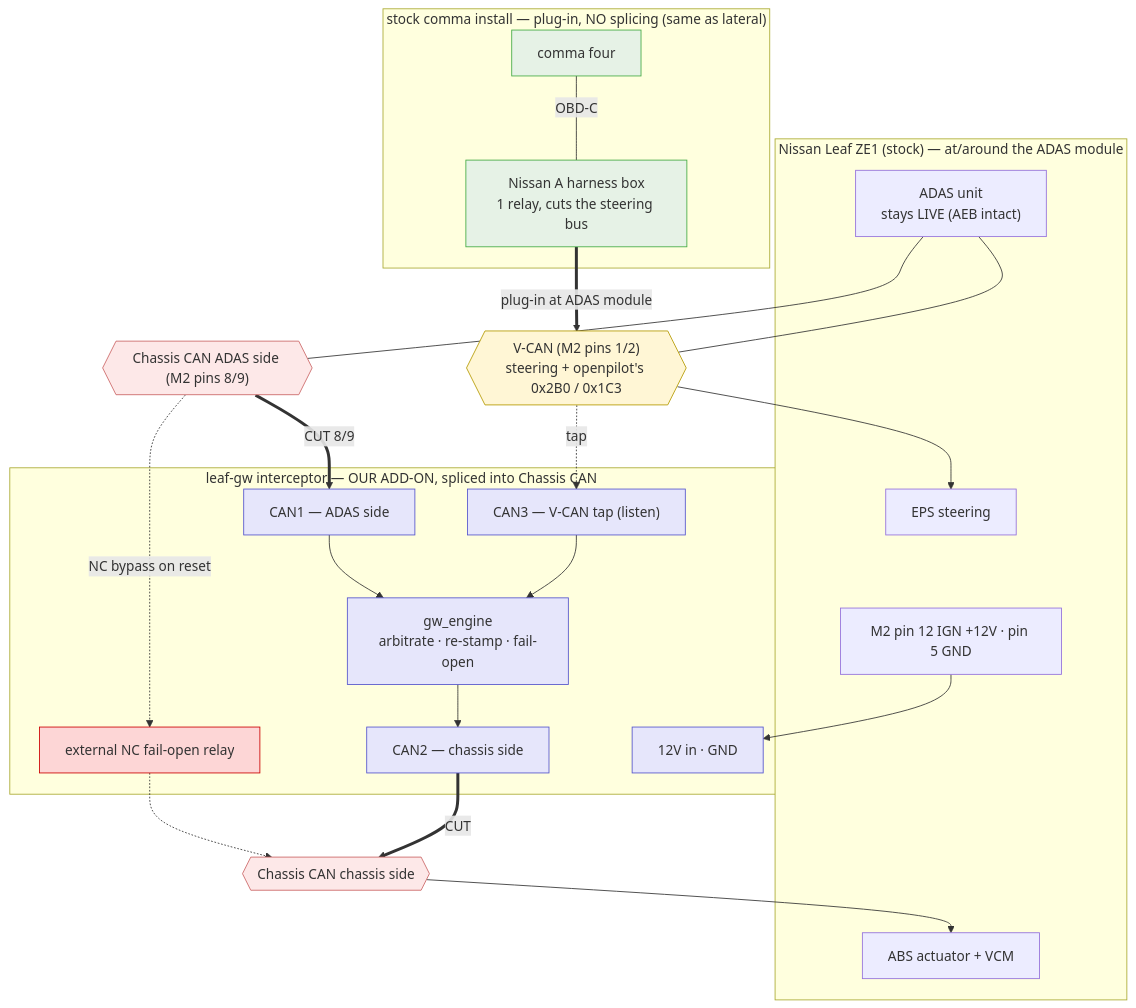
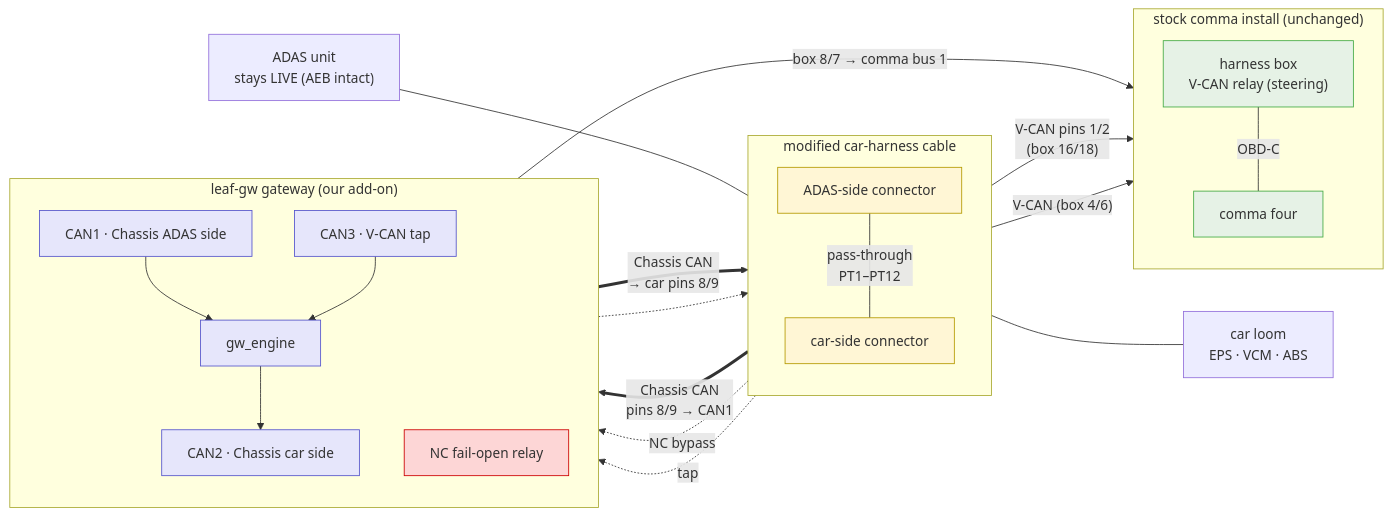
The third of 3 diagrams in README.md (siigna/leaf-gw), drawn with Mermaid before and after one commit. The commit also changed other lines of this file and 2 other files, not shown here.

Commit message:
hardware: build on comma's Nissan A car harness, no cuts to the car
comma's open Nissan A drawing shows the car-harness cable already brings
the ADAS-side and car-side halves of Chassis CAN out on separate pairs to
the 18-pin box connector (box pins 9/11 and 8/7), joined inside the box.
HARDWARE.md now builds the gateway in that join on a spare cable: pin
table, steps, termination, checks before cutting, and the second-harness-
box alternative. The wiring diagram is redrawn as cable + inline gateway
with the stock box and comma unchanged. Phase-0 notes that a stock comma
already hears Chassis CAN on bus 1.

````diff
--- a/README.md
+++ b/README.md
@@ -120,56 +121,55 @@
 ```mermaid
-%% leaf-gw PLANNED wiring. Two things meet at the Leaf's ADAS module: the STOCK
-%% comma install (a plug-in harness, unchanged from a lateral-only setup) and OUR
-%% interceptor (physically spliced into the Chassis CAN pair). Pins from the 2018 ESM;
-%% relay topology functional; which V-CAN segment is a bench check. Bench only.
-flowchart TB
-  subgraph STOCK["stock comma install — plug-in, NO splicing (same as lateral)"]
-    CF["comma four"]
-    HB["Nissan A harness box<br/>1 relay, cuts the steering bus"]
-    CF ---|OBD-C| HB
+%% leaf-gw PLANNED wiring, built on comma's Nissan A car harness (no cuts to the car).
+%% The car-harness cable plugs in between the ADAS unit and the car loom and brings both
+%% halves of Chassis CAN out separately; the gateway sits where the harness box would
+%% join them. Pins from comma's open Nissan A drawing + the 2018 ESM. Bench only.
+flowchart LR
+  ADAS["ADAS unit<br/>stays LIVE (AEB intact)"]
+  LOOM["car loom<br/>EPS · VCM · ABS"]
+
+  subgraph CABLE["modified car-harness cable"]
+    direction TB
+    A["ADAS-side connector"]
+    C["car-side connector"]
+    A ---|"pass-through<br/>PT1–PT12"| C
   end
 
-  VCAN{{"V-CAN (M2 pins 1/2)<br/>steering + openpilot's 0x2B0 / 0x1C3"}}
-  ICA{{"Chassis CAN ADAS side (M2 pins 8/9)"}}
-  ICB{{"Chassis CAN chassis side"}}
-
-  subgraph CAR["Nissan Leaf ZE1 (stock) — at/around the ADAS module"]
-    ADAS["ADAS unit<br/>stays LIVE (AEB intact)"]
-    EPS["EPS steering"]
-    ABS["ABS actuator + VCM"]
-    PWRCAR["M2 pin 12 IGN +12V · pin 5 GND"]
+  subgraph GW["leaf-gw gateway (our add-on)"]
+    direction TB
+    CAN1["CAN1 · Chassis ADAS side"]
+    CORE["gw_engine"]
+    CAN2["CAN2 · Chassis car side"]
+    CAN3["CAN3 · V-CAN tap"]
+    RELAY["NC fail-open relay"]
+    CAN1 --> CORE --> CAN2
+    CAN3 --> CORE
   end
 
-  subgraph GW["leaf-gw interceptor — OUR ADD-ON, spliced into Chassis CAN"]
-    CAN3["CAN3 — V-CAN tap (listen)"]
-    CORE["gw_engine<br/>arbitrate · re-stamp · fail-open"]
-    CAN1["CAN1 — ADAS side"]
-    CAN2["CAN2 — chassis side"]
-    RELAY["external NC fail-open relay"]
-    PWRGW["12V in · GND"]
+  subgraph STOCK["stock comma install (unchanged)"]
+    direction TB
+    HB["harness box<br/>V-CAN relay (steering)"]
+    CF["comma four"]
+    HB ---|OBD-C| CF
   end
 
-  %% stock comma: plug in at the ADAS module, drive V-CAN
-  HB ==>|plug-in at ADAS module| VCAN
-  VCAN --> EPS
-  ADAS --- VCAN
+  ADAS --- A
+  C --- LOOM
 
-  %% our interceptor: tap V-CAN to hear 0x2B0/0x1C3, and CUT the Chassis CAN pair
-  VCAN -. tap .-> CAN3 --> CORE
-  ADAS --- ICA
-  ICA ==>|CUT 8/9| CAN1 --> CORE --> CAN2 ==>|CUT| ICB
-  ICB --> ABS
-  ICA -. NC bypass on reset .-> RELAY -.-> ICB
-  PWRCAR --> PWRGW
+  A ==>|"Chassis CAN<br/>pins 8/9 → CAN1"| CAN1
+  CAN2 ==>|"Chassis CAN<br/>→ car pins 8/9"| C
+  A -.->|"NC bypass"| RELAY -.-> C
+
+  A -->|"V-CAN pins 1/2<br/>(box 16/18)"| HB
+  A -.->|"tap"| CAN3
+  C -->|"V-CAN (box 4/6)"| HB
+  CAN2 -->|"box 8/7 → comma bus 1"| HB
 
   classDef stock fill:#e6f2e6,stroke:#44aa44
   classDef addon fill:#e6e6fb,stroke:#5555cc
-  classDef bus fill:#fff6d5,stroke:#b59a00
-  classDef ic fill:#fde8e8,stroke:#cc6666
+  classDef cable fill:#fff6d5,stroke:#b59a00
   classDef relay fill:#fdd6d6,stroke:#cc0000
   class CF,HB stock
-  class CAN3,CORE,CAN1,CAN2,PWRGW addon
-  class VCAN bus
-  class ICA,ICB ic
+  class CAN1,CAN2,CAN3,CORE addon
+  class A,C cable
   class RELAY relay
 ```
````
